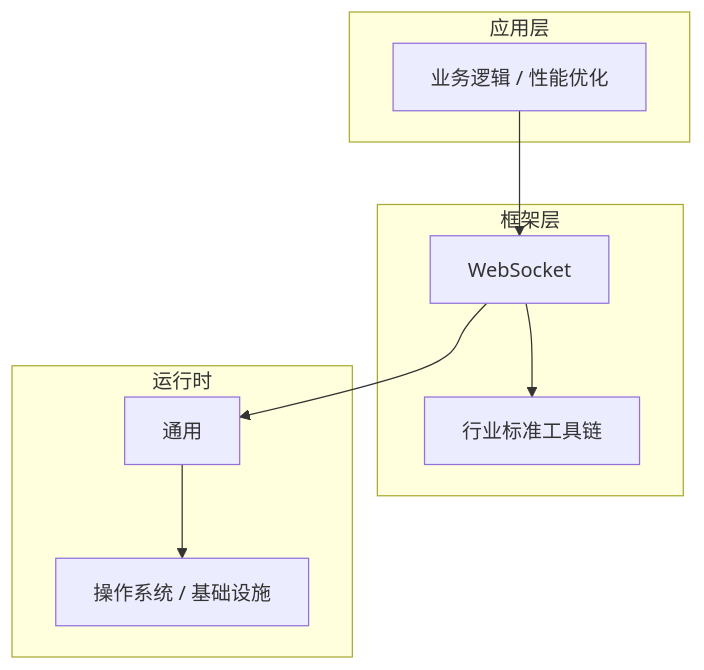
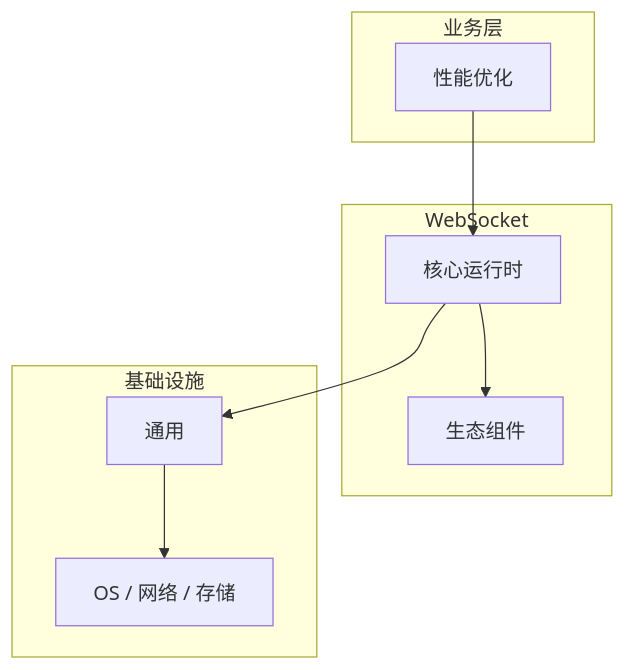
The diagram in articles/WebSocket/chapters/045-性能优化核心概念与原理.md (yanggan2015/knowledge-json-v2), drawn with Mermaid before and after one commit. The commit also changed other lines of this file and 10127 other files, not shown here.

````diff
--- a/articles/WebSocket/chapters/045-性能优化核心概念与原理.md
+++ b/articles/WebSocket/chapters/045-性能优化核心概念与原理.md
@@ -45,18 +34,18 @@
 ```mermaid
 graph TB
-    subgraph 应用层
-        A[业务逻辑 / 性能优化]
+    subgraph 业务层
+        A[性能优化]
     end
-    subgraph 框架层
-        B[WebSocket]
-        C[行业标准工具链]
+    subgraph WebSocket
+        B[核心运行时]
+        C[生态组件]
     end
-    subgraph 运行时
+    subgraph 基础设施
         D[通用]
-        E[操作系统 / 基础设施]
+        E[OS / 网络 / 存储]
     end
     A --> B
     B --> C
     B --> D
     D --> E
 ```
````
